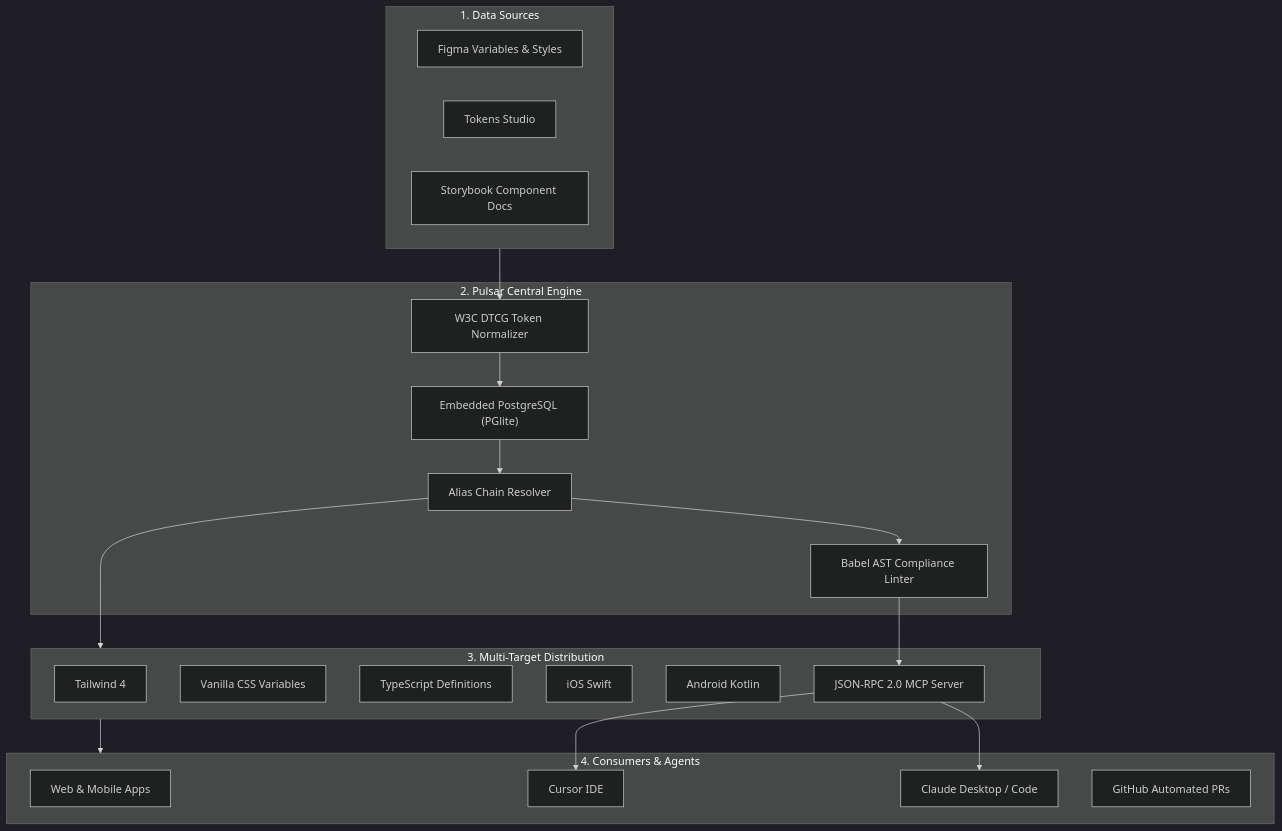
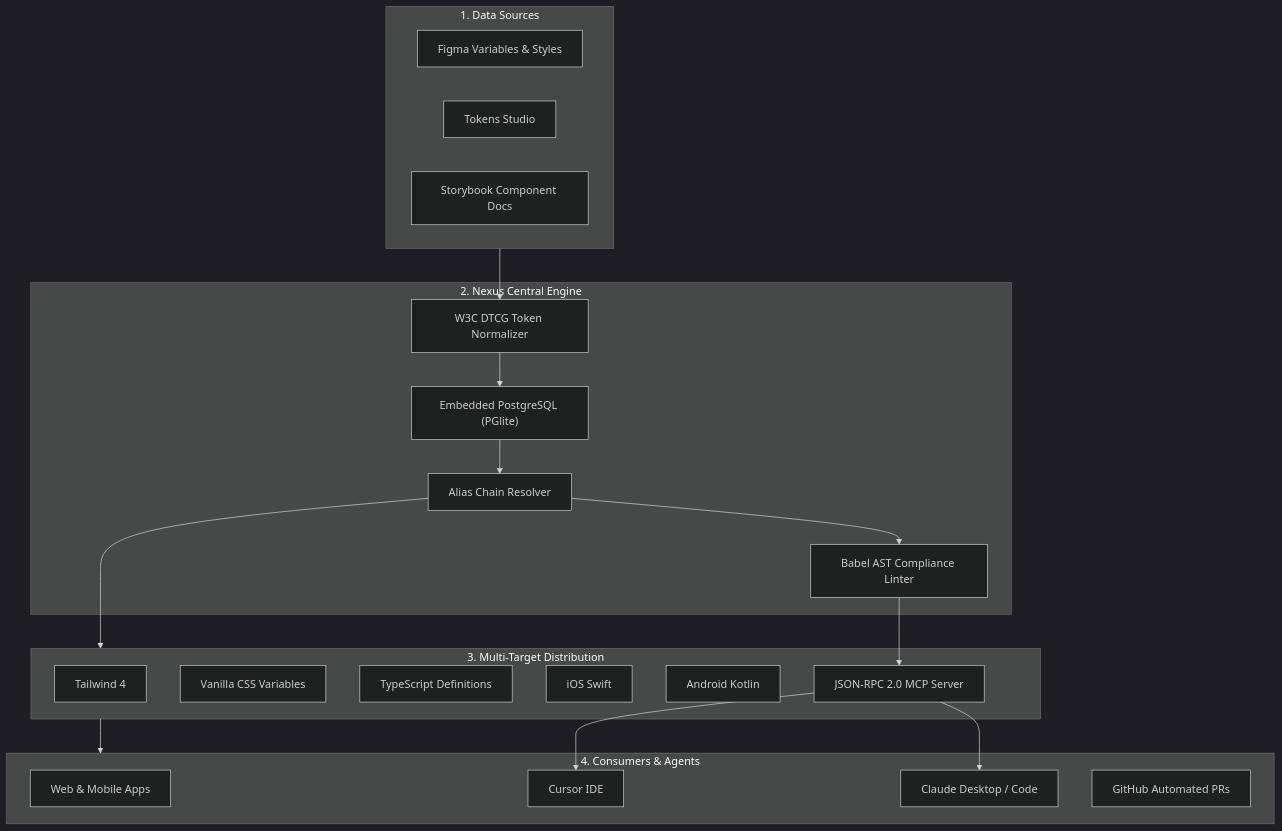
Before and after one commit to prudhviraj0310/nexus-design-os: the diagram in README.md, drawn with Mermaid (dark theme). The commit also changed other lines of this file and 1 other file, not shown here.

Commit message:
chore: rebrand platform to Nexus Design OS

````diff
--- a/README.md
+++ b/README.md
@@ -72,41 +72,41 @@
 ```mermaid
 flowchart TD
     subgraph DataSources["1. Data Sources"]
         Figma["Figma Variables & Styles"]
         Studio["Tokens Studio"]
         Storybook["Storybook Component Docs"]
     end
 
-    subgraph CoreEngine["2. Pulsar Central Engine"]
+    subgraph CoreEngine["2. Nexus Central Engine"]
         PG["Embedded PostgreSQL (PGlite)"]
         DTCG["W3C DTCG Token Normalizer"]
         Resolver["Alias Chain Resolver"]
         AST["Babel AST Compliance Linter"]
     end
 
     subgraph Distribution["3. Multi-Target Distribution"]
         Tailwind["Tailwind 4"]
         CSS["Vanilla CSS Variables"]
         TS["TypeScript Definitions"]
         Swift["iOS Swift"]
         Kotlin["Android Kotlin"]
         MCP["JSON-RPC 2.0 MCP Server"]
     end
 
     subgraph Consumers["4. Consumers & Agents"]
         WebApps["Web & Mobile Apps"]
         Cursor["Cursor IDE"]
         Claude["Claude Desktop / Code"]
         GitHub["GitHub Automated PRs"]
     end
 
     DataSources --> DTCG
     DTCG --> PG
     PG --> Resolver
     Resolver --> Distribution
     Resolver --> AST
     AST --> MCP
     Distribution --> Consumers
     MCP --> Cursor
     MCP --> Claude
 ```
````
